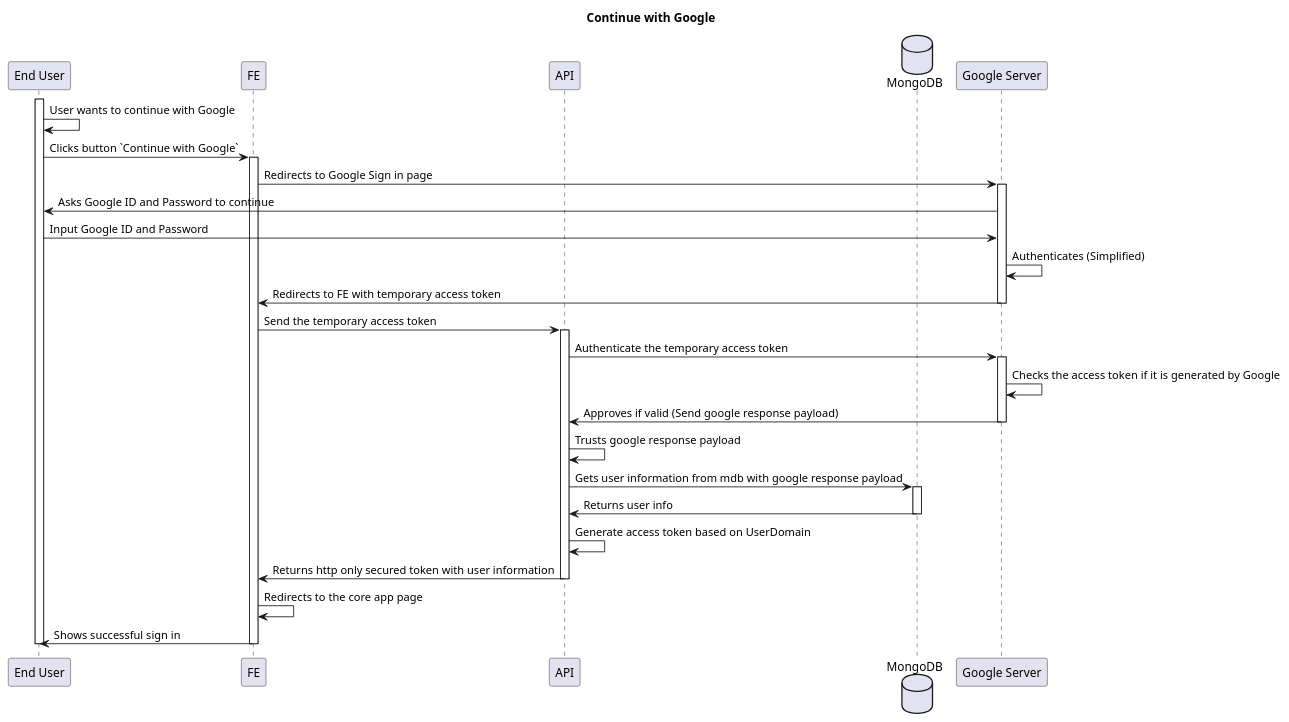
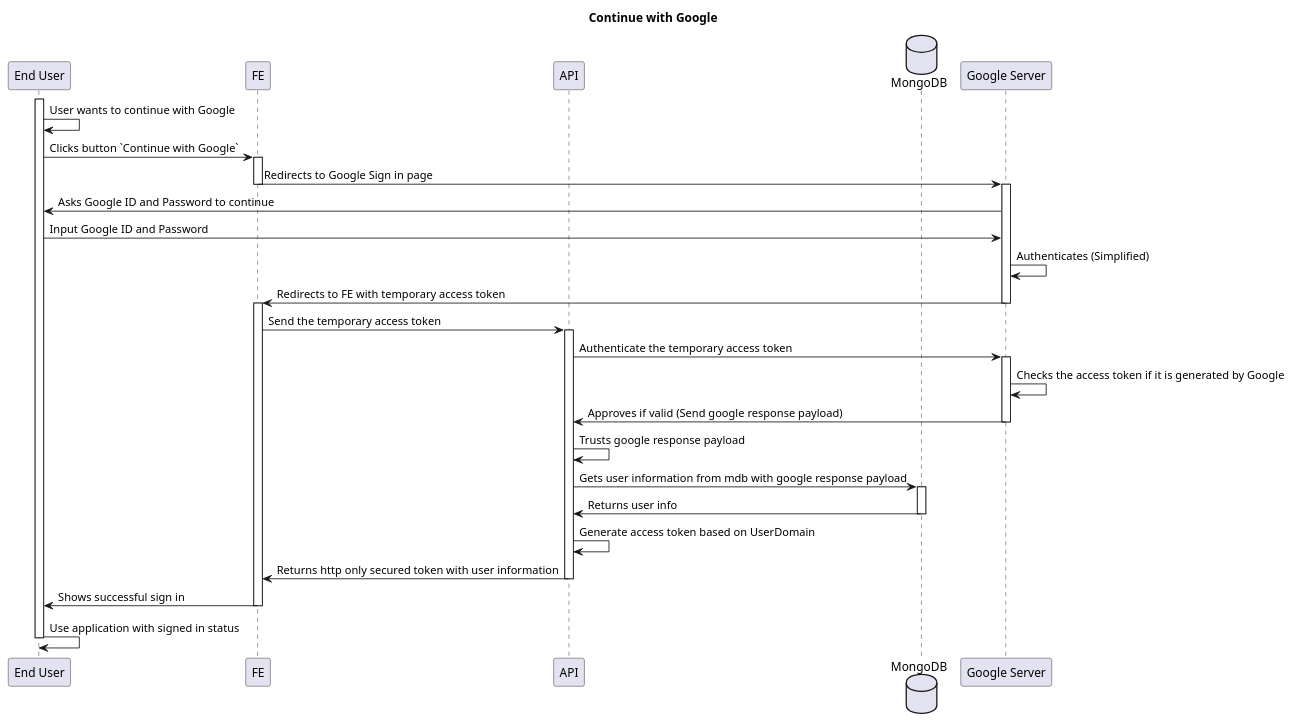
Before and after one commit to ajktown/docs: the diagram in auth/auth-flow.md, drawn with PlantUML. The commit also changed other lines of this file, not shown here.

Commit message:
feat: finalize

````diff
--- a/auth/auth-flow.md
+++ b/auth/auth-flow.md
@@ -15,45 +14,47 @@
 ```plantuml
 
 @startuml
 
 title Continue with Google
 
 participant "End User" as user
 participant "FE" as fe
 participant "API" as api
 database "MongoDB" as db
 participant "Google Server" as google
 
 activate user
   user -> user: User wants to continue with Google
   user -> fe: Clicks button `Continue with Google`
   activate fe
     fe -> google: Redirects to Google Sign in page
-    activate google
-      user <- google: Asks Google ID and Password to continue
-      user -> google: Input Google ID and Password
-      google -> google: Authenticates (Simplified)
-      fe <- google: Redirects to FE with temporary access token
-    deactivate google
+  deactivate fe
+  activate google
+    user <- google: Asks Google ID and Password to continue
+    user -> google: Input Google ID and Password
+    google -> google: Authenticates (Simplified)
+    fe <- google: Redirects to FE with temporary access token
+  deactivate google
+  activate fe
     fe -> api: Send the temporary access token
     activate api
       api -> google: Authenticate the temporary access token
       activate google
         google -> google: Checks the access token if it is generated by Google
         api <- google: Approves if valid (Send google response payload)
       deactivate google
       api -> api: Trusts google response payload
       api -> db: Gets user information from mdb with google response payload
       activate db
         api <- db: Returns user info
       deactivate db
       api -> api: Generate access token based on UserDomain
       fe <- api: Returns http only secured token with user information
     deactivate api
-    fe -> fe: Redirects to the core app page
     user <- fe: Shows successful sign in
   deactivate fe
+  user -> user: Use application with signed in status
 deactivate user
 
 
 ```
````
